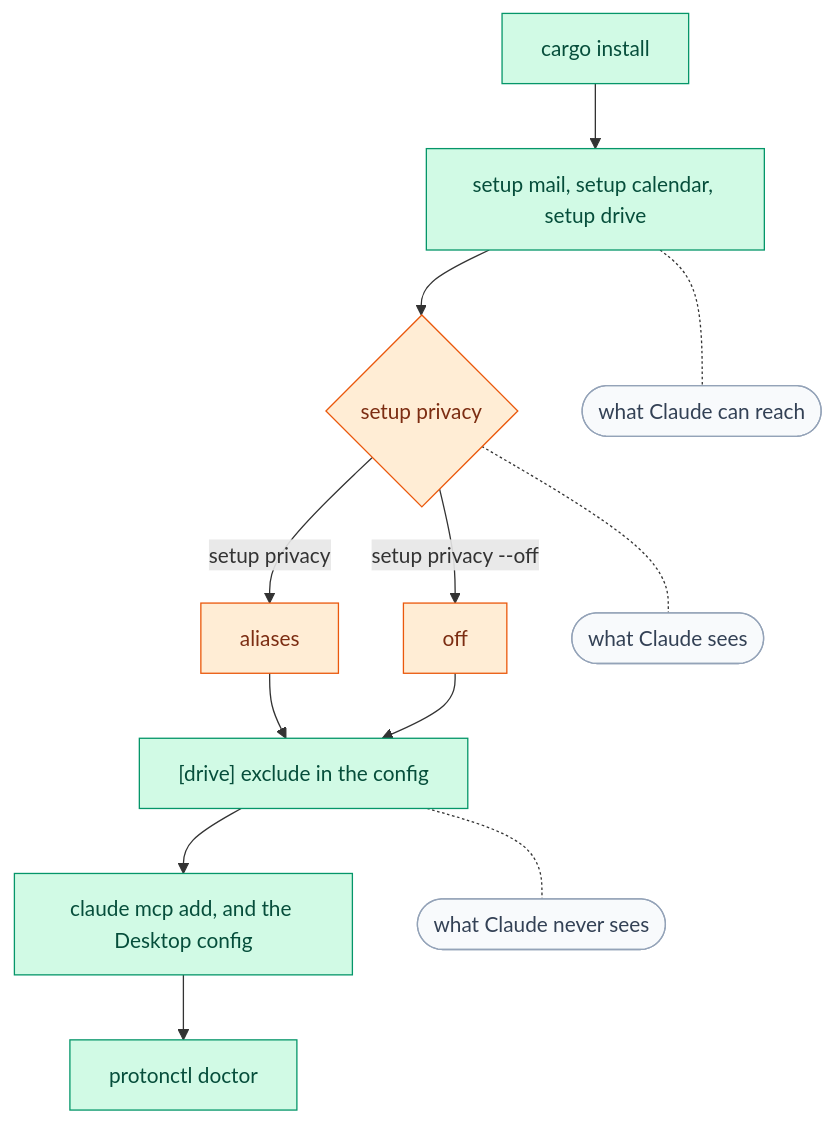
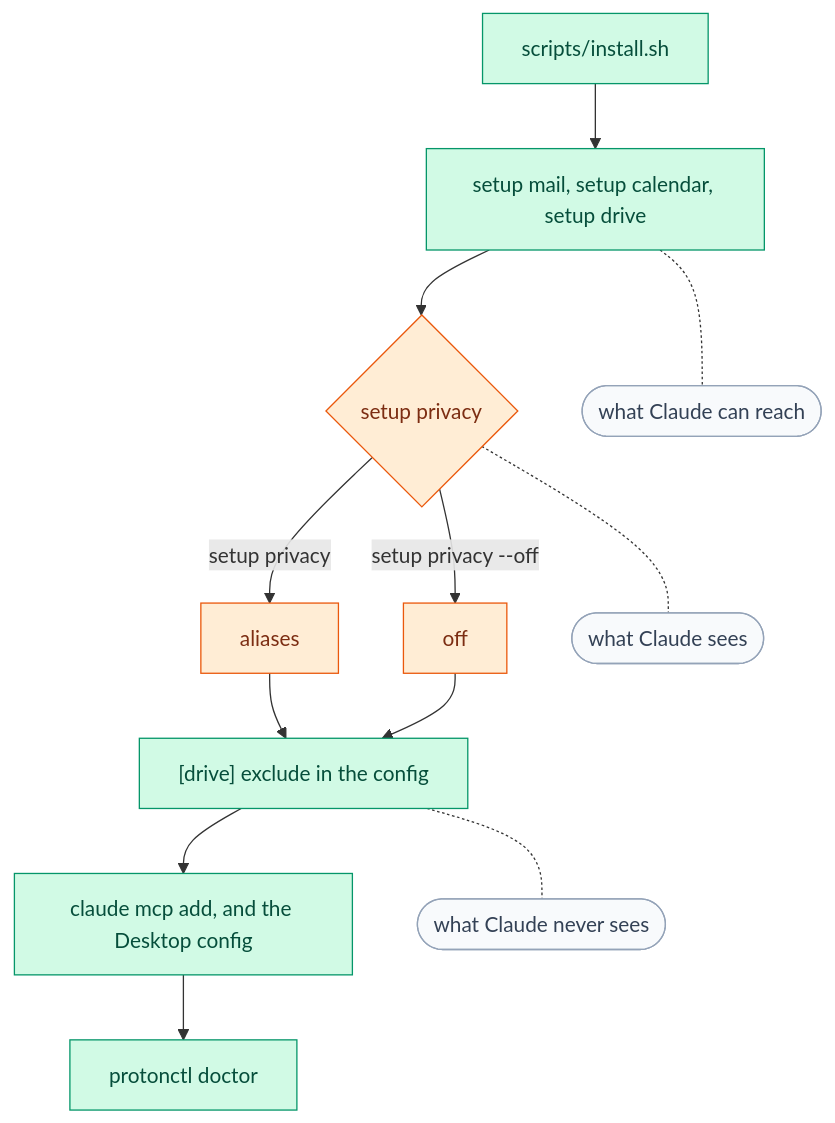
Before and after one commit to matt-w-horn/protonctl: the second of 5 diagrams in docs/rfc-0001/04-design.md, drawn with Mermaid. The commit also changed 23 other files, not shown here.

````diff
--- a/docs/rfc-0001/04-design.md
+++ b/docs/rfc-0001/04-design.md
@@ -94,21 +94,21 @@
 ```mermaid
 flowchart TB
-    I["cargo install"] --> SV["setup mail, setup calendar, setup drive"]
+    I["scripts/install.sh"] --> SV["setup mail, setup calendar, setup drive"]
     SV --> PR{"setup privacy"}
     PR -->|"setup privacy"| AL["aliases"]
     PR -->|"setup privacy --off"| OF["off"]
     AL --> EX["[drive] exclude in the config"]
     OF --> EX
     EX --> CN["claude mcp add, and the Desktop config"]
     CN --> DR["protonctl doctor"]
     SV -.- C1(["what Claude can reach"])
     PR -.- C2(["what Claude sees"])
     EX -.- C3(["what Claude never sees"])
 
     classDef step fill:#D1FAE5,stroke:#059669,color:#064E3B
     classDef priv fill:#FFEDD5,stroke:#EA580C,color:#7C2D12
     classDef note fill:#F8FAFC,stroke:#94A3B8,color:#334155
     class I,SV,EX,CN,DR step
     class PR,AL,OF priv
     class C1,C2,C3 note
 ```
````
